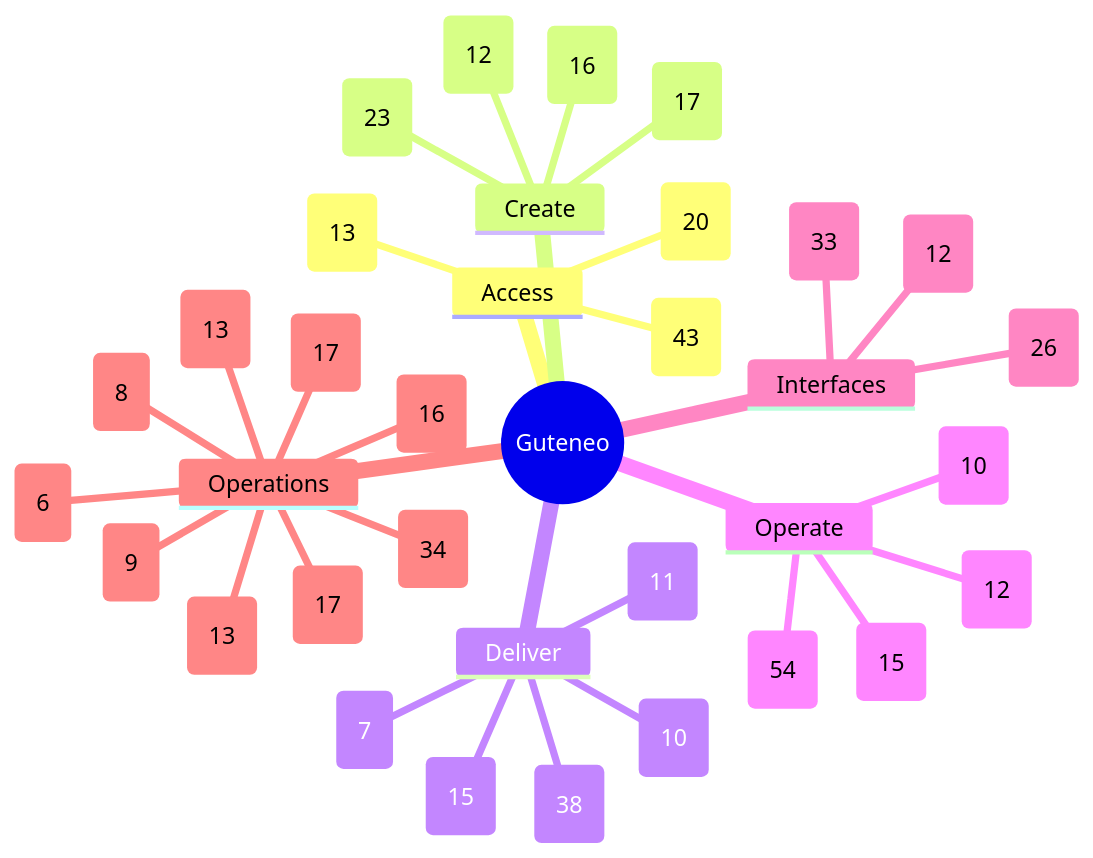
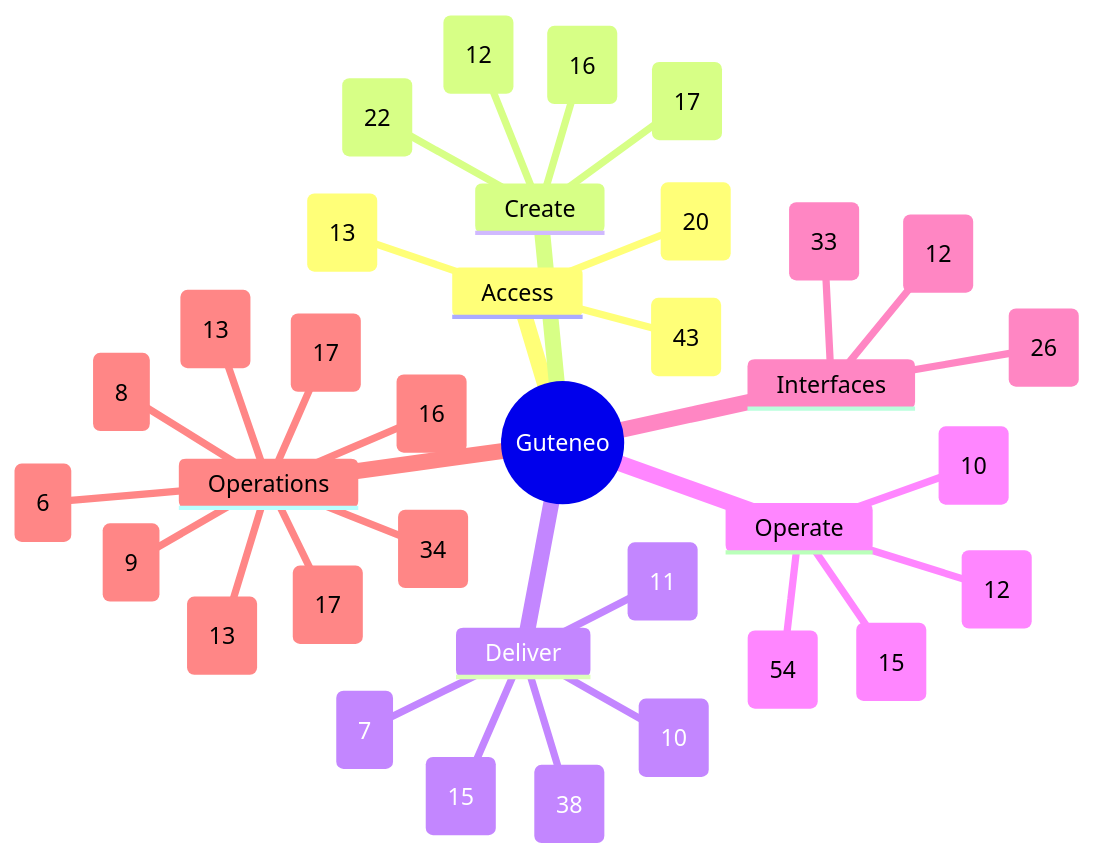
One commit to nclsppr/guteneo changed the diagram in docs/FEATURE_MAP.md. Above: the diagram before and after it, drawn with Mermaid. The commit also changed other lines of this file and 22 other files, not shown here.

````diff
--- a/docs/FEATURE_MAP.md
+++ b/docs/FEATURE_MAP.md
@@ -13,38 +13,38 @@
 ```mermaid
 mindmap
   root((Guteneo))
     Access
       Access and identity (43)
       Team and responsibilities (13)
       Workspace administration and reports (20)
     Create
-      Documents and protection (23)
+      Documents and protection (22)
       Template studio (16)
       Data and mappings (12)
       PDF generation and distribution (17)
     Deliver
       Fax (10)
       Postal mail (11)
       Email and protected links (15)
       Sensitive distribution and personal documents (38)
       Dispatch dry run (7)
     Operate
       Campaigns and tracking (15)
       Credits and billing (10)
       Workspace layout and browser appearance (54)
       PDF verification (12)
     Interfaces
       Assistants and API (33)
       iPhone and iPad (12)
       Public pages, languages and appearance (26)
     Operations
       Reviewer OAuth qualification (9)
       Operations and reliability (34)
       Belvédère platform oversight (17)
       Public service status (16)
       Engineering documentation (13)
       Codex Cloud development (8)
       Continuous reviewer preparation (6)
       Automatic fax tariff maintenance (13)
       Consumed provider freshness and preventive deadline actions (17)
 ```
````
